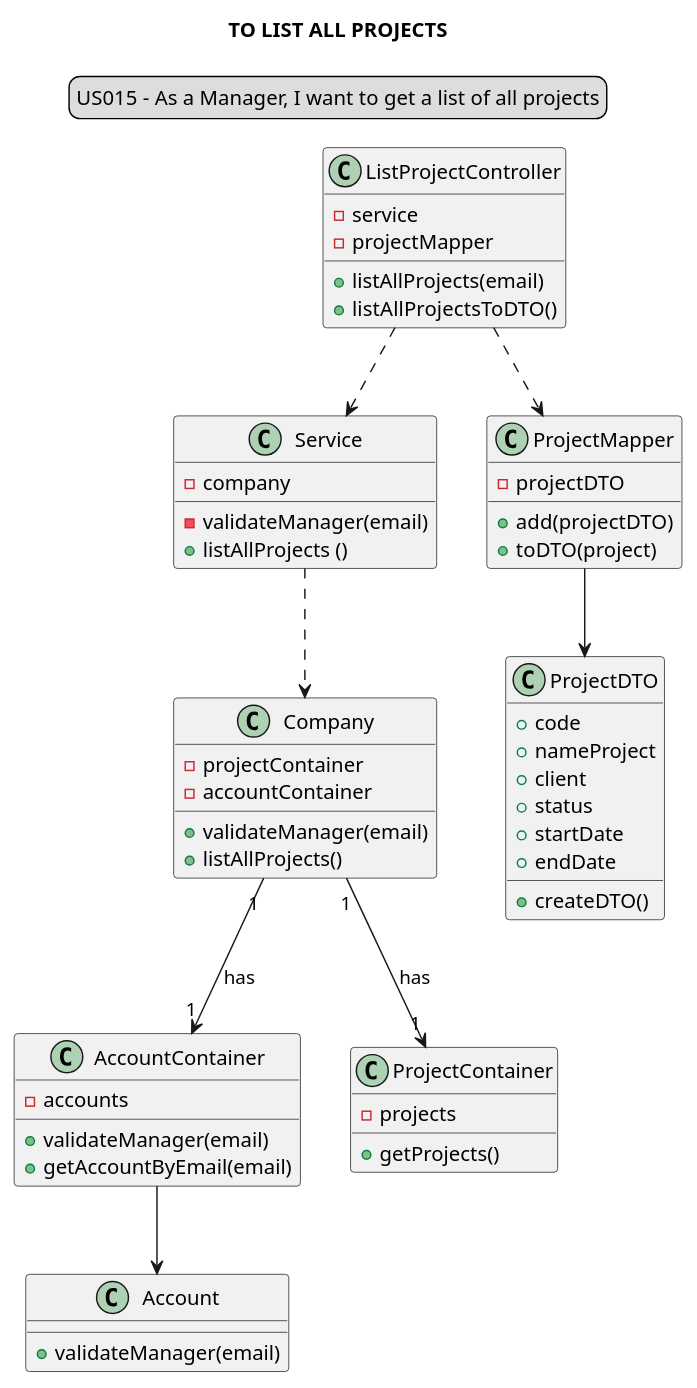
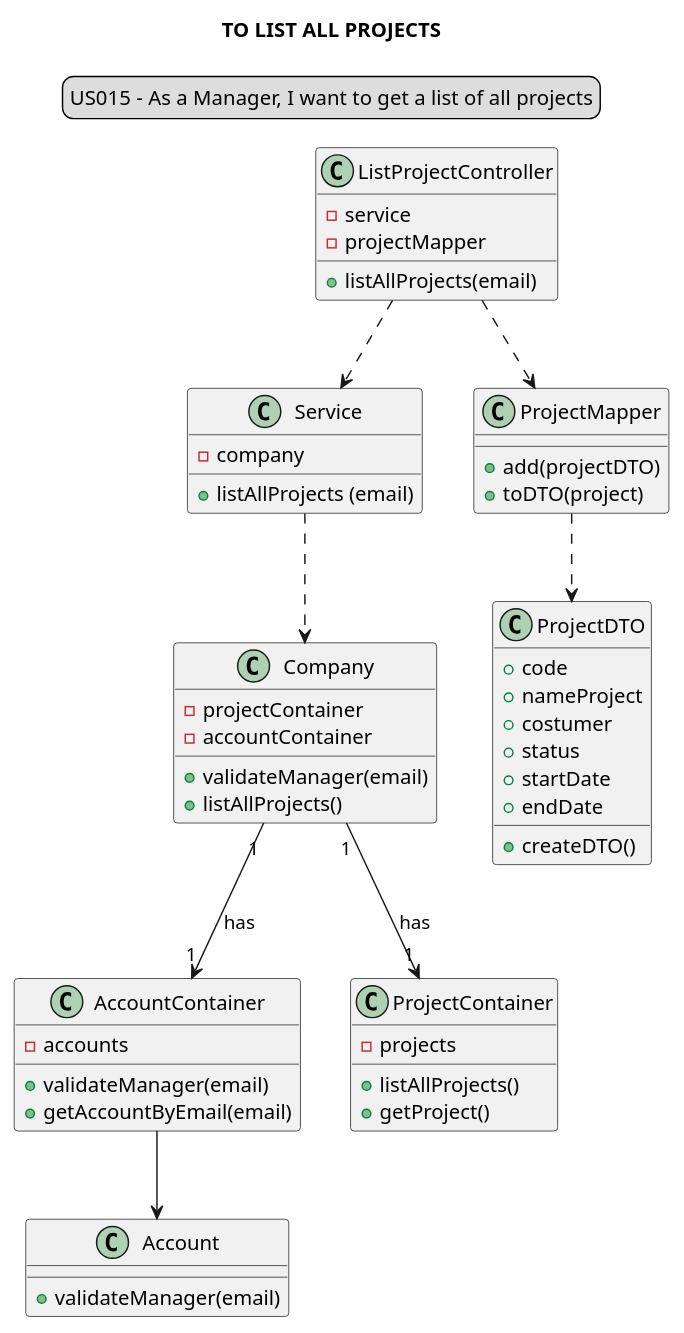
The diagram in docs/modelling_design/user_stories/us015/US015_classDiagram.puml (Loracline/project_switch_22-23), drawn with PlantUML before and after one commit. The commit also changed 3 other files, not shown here.

Commit message:
US 015: refactor classDiagram and sequenceDiagram

```diff
--- a/docs/modelling_design/user_stories/us015/US015_classDiagram.puml
+++ b/docs/modelling_design/user_stories/us015/US015_classDiagram.puml
@@ -1,68 +1,66 @@
 @startuml
 
 skinparam sequenceMessageAlign center
 title TO LIST ALL PROJECTS
 legend top
 US015 - As a Manager, I want to get a list of all projects
 end legend
 
 class "ListProjectController" {
 -service
 -projectMapper
 +listAllProjects(email)
-+listAllProjectsToDTO()
 }
 
 class "Service" {
 - company
-- validateManager(email)
-+ listAllProjects ()
++ listAllProjects (email)
 }
 
 class "Company"{
 -projectContainer
 -accountContainer
 + validateManager(email)
 +listAllProjects()
 }
 
 class "AccountContainer"{
 -accounts
 +validateManager(email)
 +getAccountByEmail(email)
 }
 
 class "Account"{
 +validateManager(email)
 }
 
 class "ProjectContainer"{
 -projects
-+getProjects()
++listAllProjects()
++getProject()
 }
 
 class "ProjectMapper"{
--projectDTO
 +add(projectDTO)
 +toDTO(project)
 }
 
 class "ProjectDTO" {
 +code
 +nameProject
-+client
++costumer
 +status
 +startDate
 +endDate
 +createDTO()
 }
 "ListProjectController" ..> "Service"
 "Service" ..> "Company"
 "ListProjectController" ..> "ProjectMapper"
 "Company" "1"-->"1" "ProjectContainer": has
 "Company" "1"-->"1" "AccountContainer": has
 "AccountContainer" --> "Account"
-"ProjectMapper" --> "ProjectDTO"
+"ProjectMapper" ..> "ProjectDTO"
 
 
 @enduml
```
